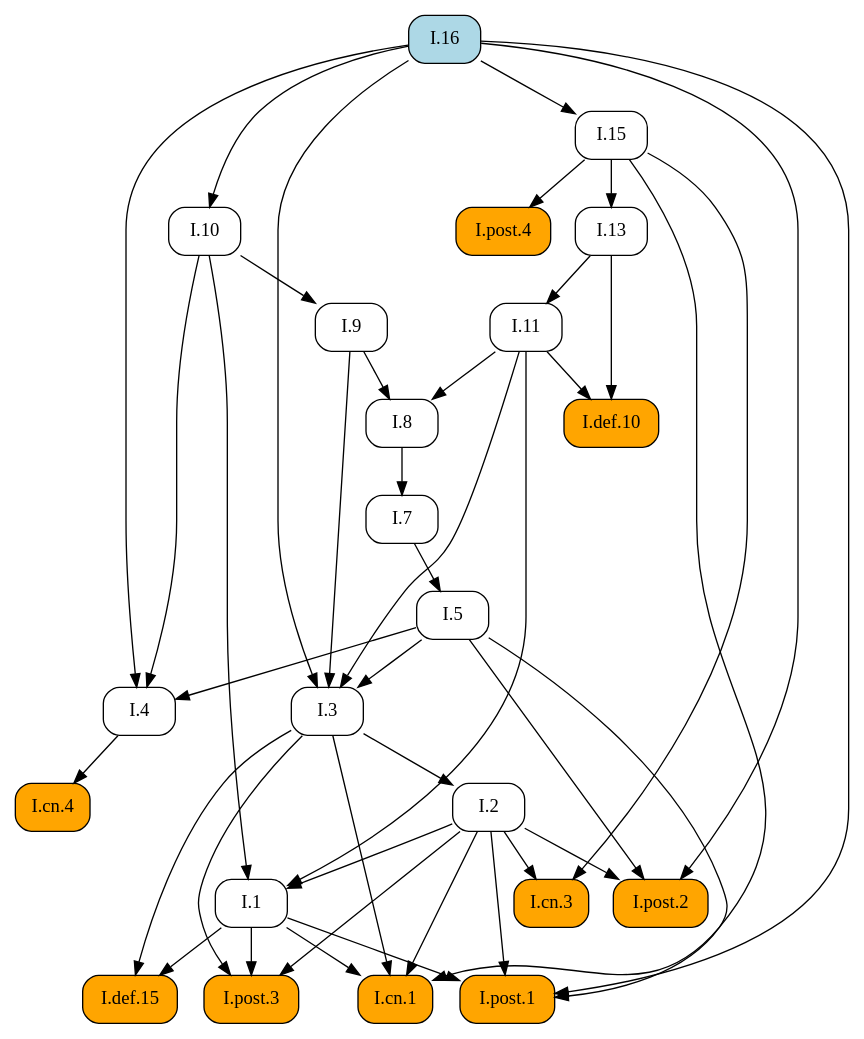
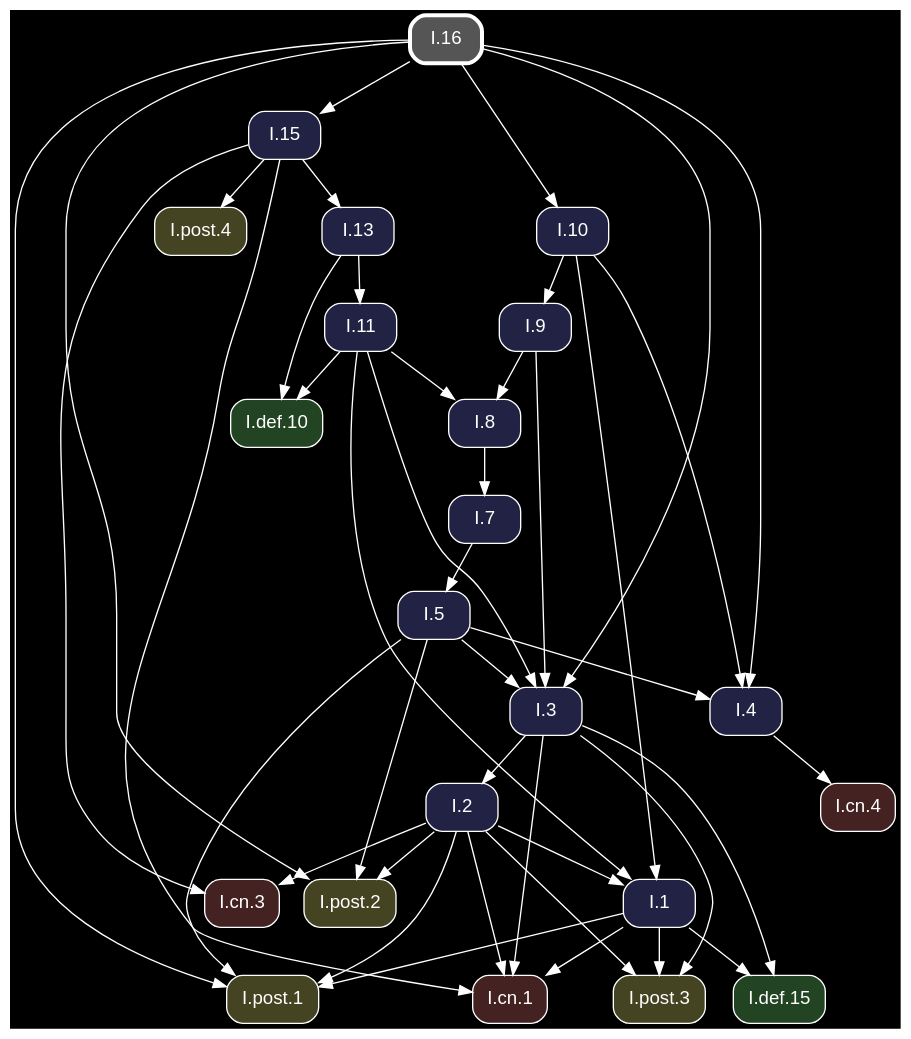
The diagram in docsrc/heath/I/16/index.rst (geometor/elements), drawn with Graphviz before and after one commit. The commit also changed other lines of this file and 1200 other files, not shown here.

Commit message:
update dependency graphs

```diff
--- a/docsrc/heath/I/16/index.rst
+++ b/docsrc/heath/I/16/index.rst
@@ -88,70 +88,72 @@
 .. graphviz::
 
    digraph {
+     bgcolor="black";
+     node [shape=box, style="rounded,filled", fontname="Helvetica", color="white", fontcolor="white"];
+     edge [color="white", fontcolor="white"];
      rankdir="TB";
-     node [shape=box, style=rounded];
-     "I.9" [URL="/heath/I/9/", target="_top"];
-     "I.cn.1" [style="rounded,filled", fillcolor=orange, URL="/heath/I/cn.1/", target="_top"];
-     "I.7" [URL="/heath/I/7/", target="_top"];
-     "I.2" [URL="/heath/I/2/", target="_top"];
-     "I.def.15" [style="rounded,filled", fillcolor=orange, URL="/heath/I/def.15/", target="_top"];
-     "I.13" [URL="/heath/I/13/", target="_top"];
-     "I.post.4" [style="rounded,filled", fillcolor=orange, URL="/heath/I/post.4/", target="_top"];
-     "I.4" [URL="/heath/I/4/", target="_top"];
-     "I.1" [URL="/heath/I/1/", target="_top"];
-     "I.post.3" [style="rounded,filled", fillcolor=orange, URL="/heath/I/post.3/", target="_top"];
-     "I.post.1" [style="rounded,filled", fillcolor=orange, URL="/heath/I/post.1/", target="_top"];
-     "I.5" [URL="/heath/I/5/", target="_top"];
-     "I.8" [URL="/heath/I/8/", target="_top"];
-     "I.cn.3" [style="rounded,filled", fillcolor=orange, URL="/heath/I/cn.3/", target="_top"];
-     "I.16" [style="rounded,filled", fillcolor=lightblue, URL="/heath/I/16/", target="_top"];
-     "I.def.10" [style="rounded,filled", fillcolor=orange, URL="/heath/I/def.10/", target="_top"];
-     "I.15" [URL="/heath/I/15/", target="_top"];
-     "I.10" [URL="/heath/I/10/", target="_top"];
-     "I.11" [URL="/heath/I/11/", target="_top"];
-     "I.cn.4" [style="rounded,filled", fillcolor=orange, URL="/heath/I/cn.4/", target="_top"];
-     "I.post.2" [style="rounded,filled", fillcolor=orange, URL="/heath/I/post.2/", target="_top"];
-     "I.3" [URL="/heath/I/3/", target="_top"];
-     "I.10" -> "I.9";
+     "I.3" [fillcolor="#222244", URL="/heath/I/3/", target="_top"];
+     "I.post.1" [fillcolor="#444422", URL="/heath/I/post.1/", target="_top"];
+     "I.cn.1" [fillcolor="#442222", URL="/heath/I/cn.1/", target="_top"];
+     "I.def.10" [fillcolor="#224422", URL="/heath/I/def.10/", target="_top"];
+     "I.15" [fillcolor="#222244", URL="/heath/I/15/", target="_top"];
+     "I.11" [fillcolor="#222244", URL="/heath/I/11/", target="_top"];
+     "I.16" [penwidth=3, color="white", fillcolor="#555555", URL="/heath/I/16/", target="_top"];
+     "I.cn.3" [fillcolor="#442222", URL="/heath/I/cn.3/", target="_top"];
+     "I.13" [fillcolor="#222244", URL="/heath/I/13/", target="_top"];
+     "I.2" [fillcolor="#222244", URL="/heath/I/2/", target="_top"];
+     "I.post.2" [fillcolor="#444422", URL="/heath/I/post.2/", target="_top"];
+     "I.cn.4" [fillcolor="#442222", URL="/heath/I/cn.4/", target="_top"];
+     "I.9" [fillcolor="#222244", URL="/heath/I/9/", target="_top"];
+     "I.1" [fillcolor="#222244", URL="/heath/I/1/", target="_top"];
+     "I.post.4" [fillcolor="#444422", URL="/heath/I/post.4/", target="_top"];
+     "I.8" [fillcolor="#222244", URL="/heath/I/8/", target="_top"];
+     "I.4" [fillcolor="#222244", URL="/heath/I/4/", target="_top"];
+     "I.post.3" [fillcolor="#444422", URL="/heath/I/post.3/", target="_top"];
+     "I.7" [fillcolor="#222244", URL="/heath/I/7/", target="_top"];
+     "I.def.15" [fillcolor="#224422", URL="/heath/I/def.15/", target="_top"];
+     "I.5" [fillcolor="#222244", URL="/heath/I/5/", target="_top"];
+     "I.10" [fillcolor="#222244", URL="/heath/I/10/", target="_top"];
+     "I.5" -> "I.3";
+     "I.9" -> "I.3";
+     "I.11" -> "I.3";
+     "I.16" -> "I.3";
+     "I.1" -> "I.post.1";
+     "I.2" -> "I.post.1";
+     "I.5" -> "I.post.1";
+     "I.16" -> "I.post.1";
      "I.1" -> "I.cn.1";
      "I.2" -> "I.cn.1";
      "I.3" -> "I.cn.1";
      "I.15" -> "I.cn.1";
-     "I.8" -> "I.7";
+     "I.11" -> "I.def.10";
+     "I.13" -> "I.def.10";
+     "I.16" -> "I.15";
+     "I.13" -> "I.11";
+     "I.2" -> "I.cn.3";
+     "I.15" -> "I.cn.3";
+     "I.15" -> "I.13";
      "I.3" -> "I.2";
-     "I.1" -> "I.def.15";
-     "I.3" -> "I.def.15";
-     "I.15" -> "I.13";
+     "I.2" -> "I.post.2";
+     "I.5" -> "I.post.2";
+     "I.16" -> "I.post.2";
+     "I.4" -> "I.cn.4";
+     "I.10" -> "I.9";
+     "I.2" -> "I.1";
+     "I.10" -> "I.1";
+     "I.11" -> "I.1";
      "I.15" -> "I.post.4";
+     "I.9" -> "I.8";
+     "I.11" -> "I.8";
      "I.5" -> "I.4";
      "I.10" -> "I.4";
      "I.16" -> "I.4";
-     "I.2" -> "I.1";
-     "I.10" -> "I.1";
-     "I.11" -> "I.1";
      "I.1" -> "I.post.3";
      "I.2" -> "I.post.3";
      "I.3" -> "I.post.3";
-     "I.1" -> "I.post.1";
-     "I.2" -> "I.post.1";
-     "I.5" -> "I.post.1";
-     "I.16" -> "I.post.1";
+     "I.8" -> "I.7";
+     "I.1" -> "I.def.15";
+     "I.3" -> "I.def.15";
      "I.7" -> "I.5";
-     "I.9" -> "I.8";
-     "I.11" -> "I.8";
-     "I.2" -> "I.cn.3";
-     "I.15" -> "I.cn.3";
-     "I.11" -> "I.def.10";
-     "I.13" -> "I.def.10";
-     "I.16" -> "I.15";
      "I.16" -> "I.10";
-     "I.13" -> "I.11";
-     "I.4" -> "I.cn.4";
-     "I.2" -> "I.post.2";
-     "I.5" -> "I.post.2";
-     "I.16" -> "I.post.2";
-     "I.5" -> "I.3";
-     "I.9" -> "I.3";
-     "I.11" -> "I.3";
-     "I.16" -> "I.3";
    }
```
